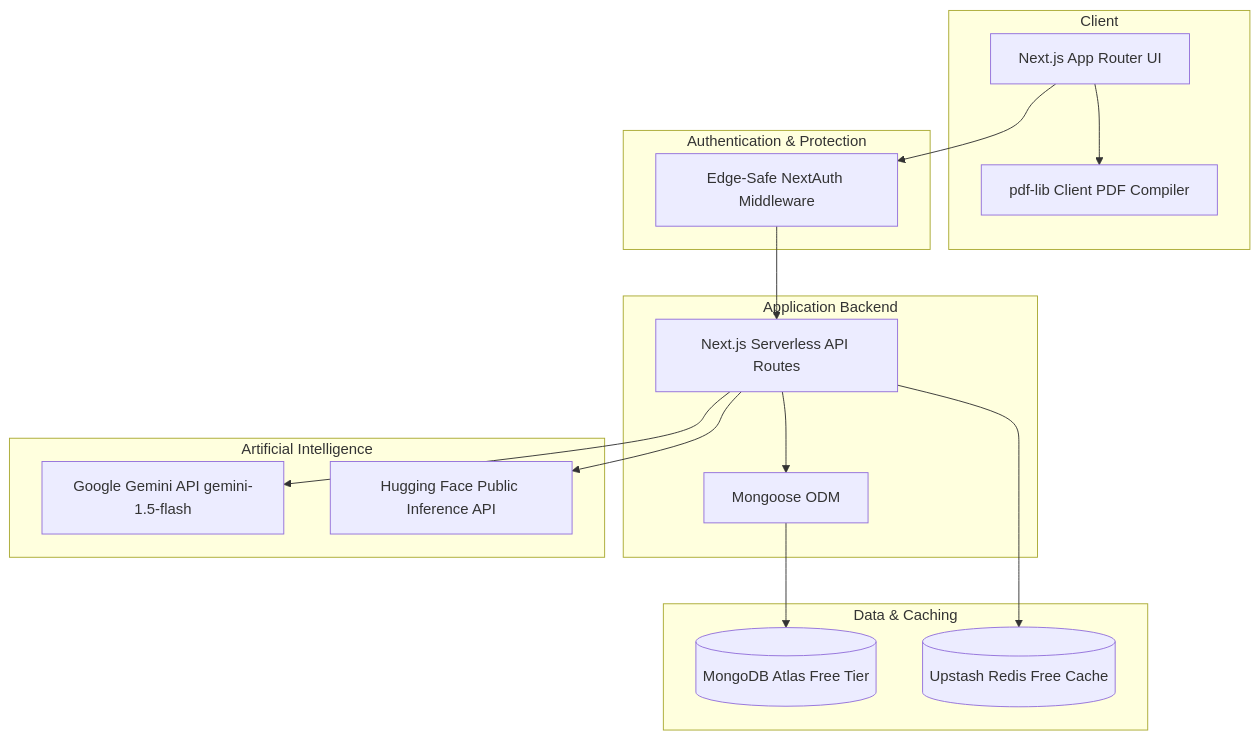
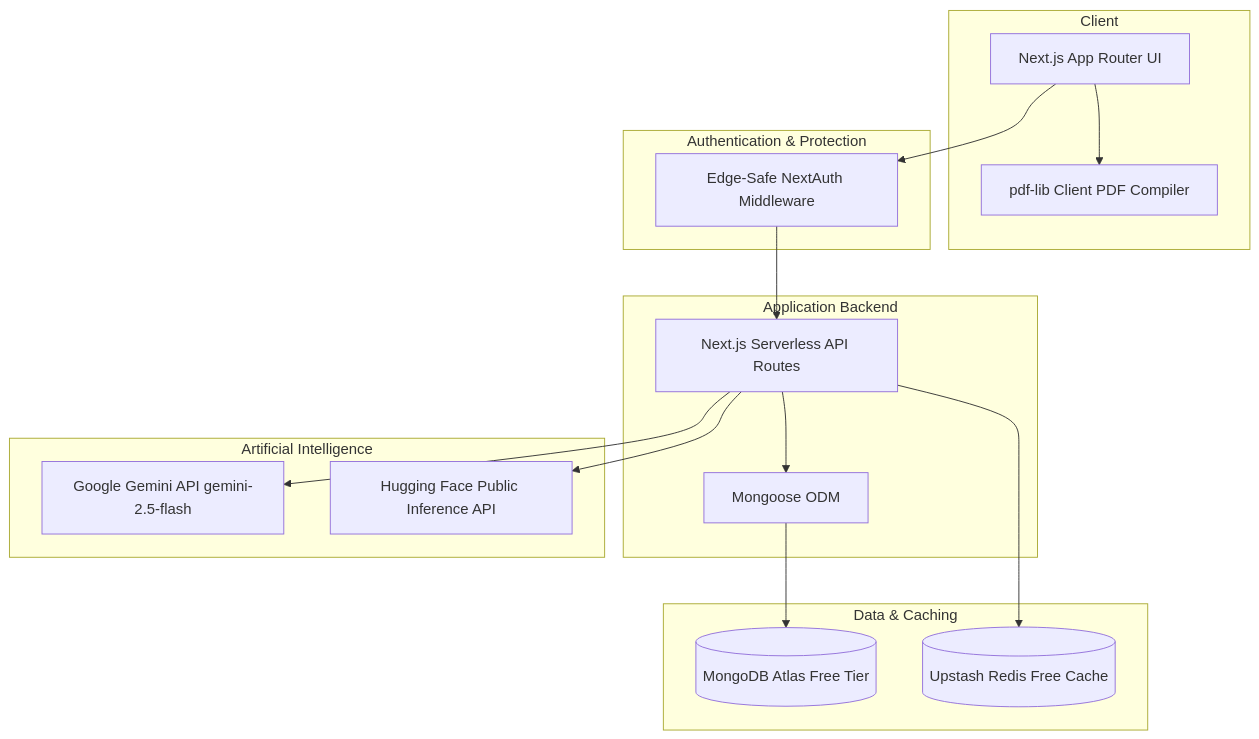
The first of 2 diagrams in README.md (MohammedAazam/fwc-smarthr), drawn with Mermaid before and after one commit. The commit also changed other lines of this file and 11 other files, not shown here.

````diff
--- a/README.md
+++ b/README.md
@@ -13,35 +13,35 @@
 ```mermaid
 graph TD
     subgraph Client
         UI[Next.js App Router UI]
         PDF[pdf-lib Client PDF Compiler]
     end
 
     subgraph Authentication & Protection
         EdgeAuth[Edge-Safe NextAuth Middleware]
     end
 
     subgraph Application Backend
         API[Next.js Serverless API Routes]
         Mongoose[Mongoose ODM]
     end
 
     subgraph Data & Caching
         MongoDB[(MongoDB Atlas Free Tier)]
         Redis[(Upstash Redis Free Cache)]
     end
 
     subgraph Artificial Intelligence
-        Gemini[Google Gemini API gemini-1.5-flash]
+        Gemini[Google Gemini API gemini-2.5-flash]
         HF[Hugging Face Public Inference API]
     end
 
     UI --> EdgeAuth
     EdgeAuth --> API
     API --> Mongoose
     Mongoose --> MongoDB
     API --> Redis
     API --> Gemini
     API --> HF
     UI --> PDF
 ```
````
